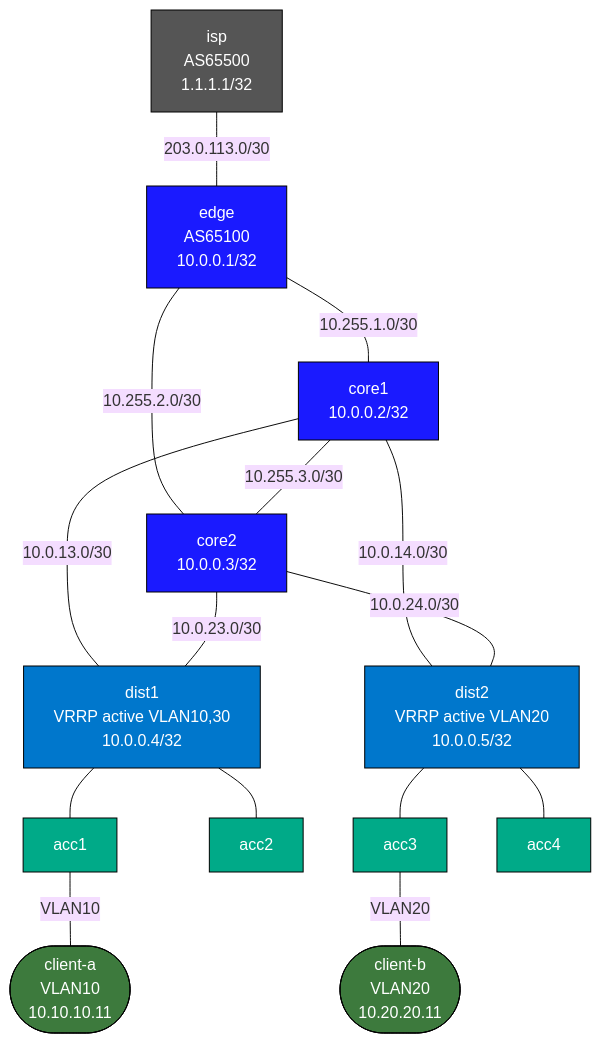
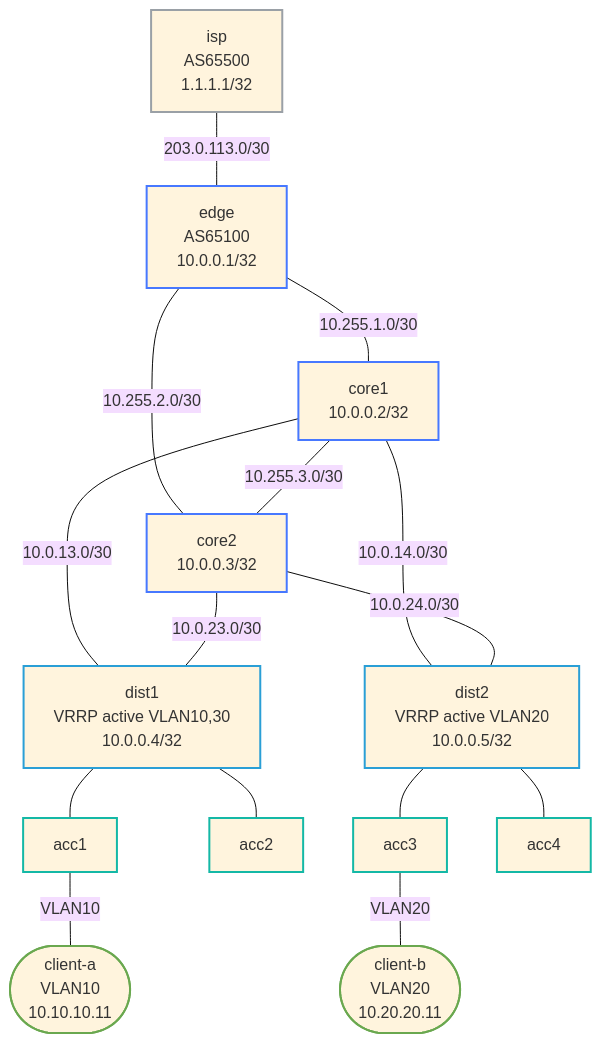
The diagram in labs/enterprise-campus/README.md (jschless/networkingLabs), drawn with Mermaid (base theme) before and after one commit. The commit also changed 250 other files, not shown here.

Commit message:
Fix unreadable topology diagrams, convert ASCII art, publish assessments (#57)

````diff
--- a/labs/enterprise-campus/README.md
+++ b/labs/enterprise-campus/README.md
@@ -18,42 +18,42 @@
 ```mermaid
 flowchart TB
-    isp["isp\nAS65500\n1.1.1.1/32"]
-    edge["edge\nAS65100\n10.0.0.1/32"]
-    core1["core1\n10.0.0.2/32"]
-    core2["core2\n10.0.0.3/32"]
-    dist1["dist1\nVRRP active VLAN10,30\n10.0.0.4/32"]
-    dist2["dist2\nVRRP active VLAN20\n10.0.0.5/32"]
+    isp["isp<br/>AS65500<br/>1.1.1.1/32"]
+    edge["edge<br/>AS65100<br/>10.0.0.1/32"]
+    core1["core1<br/>10.0.0.2/32"]
+    core2["core2<br/>10.0.0.3/32"]
+    dist1["dist1<br/>VRRP active VLAN10,30<br/>10.0.0.4/32"]
+    dist2["dist2<br/>VRRP active VLAN20<br/>10.0.0.5/32"]
     acc1["acc1"]
     acc2["acc2"]
     acc3["acc3"]
     acc4["acc4"]
-    clienta(["client-a\nVLAN10\n10.10.10.11"])
-    clientb(["client-b\nVLAN20\n10.20.20.11"])
+    clienta(["client-a<br/>VLAN10<br/>10.10.10.11"])
+    clientb(["client-b<br/>VLAN20<br/>10.20.20.11"])
 
     isp -- "203.0.113.0/30" --- edge
     edge -- "10.255.1.0/30" --- core1
     edge -- "10.255.2.0/30" --- core2
     core1 -- "10.255.3.0/30" --- core2
     core1 -- "10.0.13.0/30" --- dist1
     core1 -- "10.0.14.0/30" --- dist2
     core2 -- "10.0.23.0/30" --- dist1
     core2 -- "10.0.24.0/30" --- dist2
     dist1 --- acc1
     dist1 --- acc2
     dist2 --- acc3
     dist2 --- acc4
     acc1 -- "VLAN10" --- clienta
     acc3 -- "VLAN20" --- clientb
 
-    classDef core   fill:#1a1aff,color:#fff,stroke:#000
-    classDef dist   fill:#0077cc,color:#fff,stroke:#000
-    classDef access fill:#00aa88,color:#fff,stroke:#000
-    classDef host   fill:#3d7a3d,color:#fff,stroke:#000
-    classDef isp    fill:#555,color:#fff,stroke:#000
+    classDef core stroke:#4778ff,stroke-width:2px
+    classDef dist stroke:#2a9fd6,stroke-width:2px
+    classDef access stroke:#14b8a6,stroke-width:2px
+    classDef host stroke:#6aa84f,stroke-width:2px
+    classDef isp stroke:#9aa0a6,stroke-width:2px
 
     class isp isp
     class edge,core1,core2 core
     class dist1,dist2 dist
     class acc1,acc2,acc3,acc4 access
     class clienta,clientb host
 ```
````
